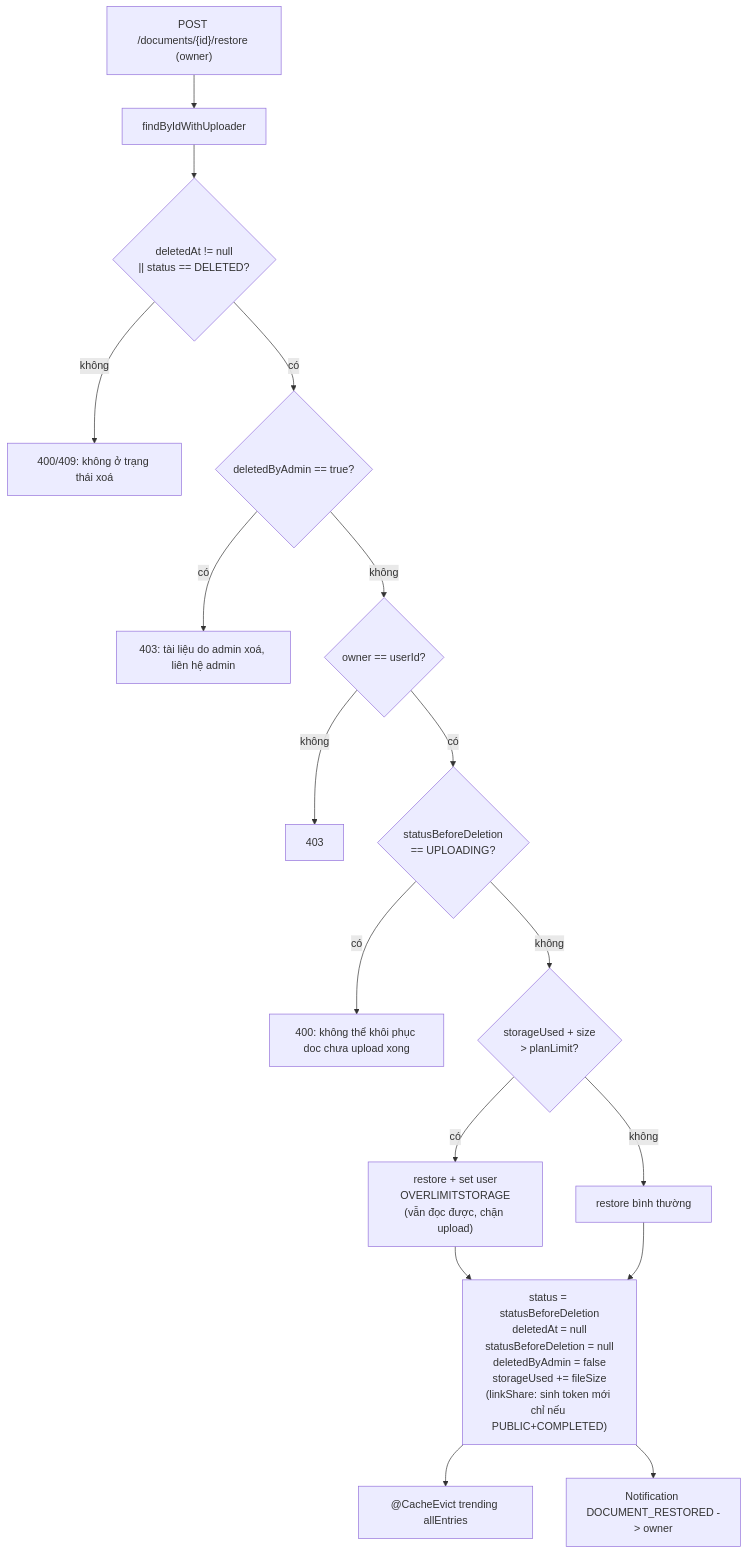
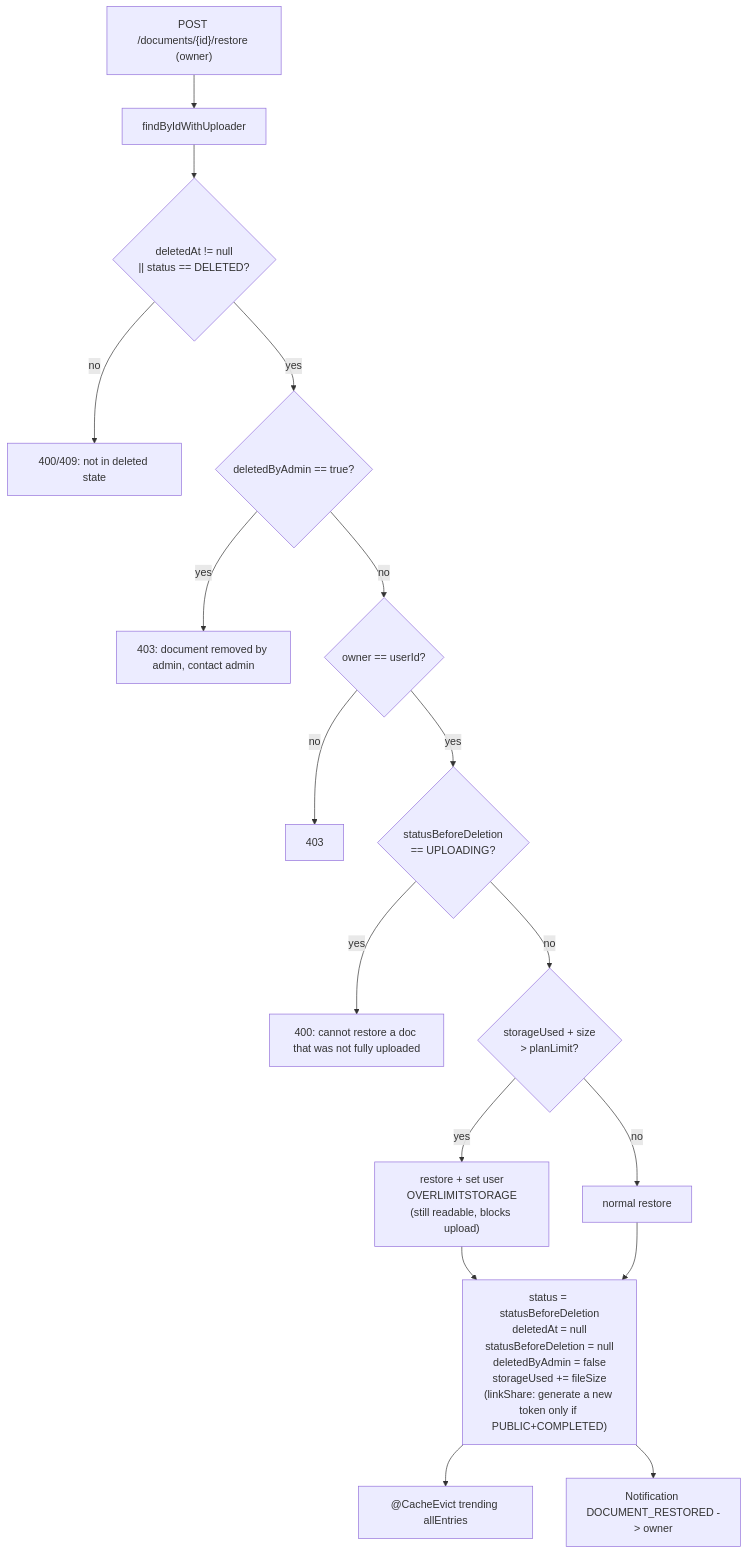
Before and after one commit to SWP-SUM26-AI-STUDY-HUB/ai-study-hub-api: the diagram in docs/document-restore-design.md, drawn with Mermaid. The commit also changed other lines of this file and 13 other files, not shown here.

````diff
--- a/docs/document-restore-design.md
+++ b/docs/document-restore-design.md
@@ -246,20 +245,20 @@
 ```mermaid
 flowchart TD
     REQ["POST /documents/{id}/restore (owner)"] --> LOAD[findByIdWithUploader]
     LOAD --> CHK1{"deletedAt != null<br/>|| status == DELETED?"}
-    CHK1 -->|không| ERR1["400/409: không ở trạng thái xoá"]
-    CHK1 -->|có| ADM{"deletedByAdmin == true?"}
-    ADM -->|có| ERR2["403: tài liệu do admin xoá, liên hệ admin"]
-    ADM -->|không| OWN{"owner == userId?"}
-    OWN -->|không| ERR3["403"]
-    OWN -->|có| SB{"statusBeforeDeletion<br/>== UPLOADING?"}
-    SB -->|có| ERR4["400: không thể khôi phục doc chưa upload xong"]
-    SB -->|không| QUOTA{"storageUsed + size<br/>> planLimit?"}
-    QUOTA -->|có| OVER["restore + set user<br/>OVERLIMITSTORAGE<br/>(vẫn đọc được, chặn upload)"]
-    QUOTA -->|không| OK["restore bình thường"]
+    CHK1 -->|no| ERR1["400/409: not in deleted state"]
+    CHK1 -->|yes| ADM{"deletedByAdmin == true?"}
+    ADM -->|yes| ERR2["403: document removed by admin, contact admin"]
+    ADM -->|no| OWN{"owner == userId?"}
+    OWN -->|no| ERR3["403"]
+    OWN -->|yes| SB{"statusBeforeDeletion<br/>== UPLOADING?"}
+    SB -->|yes| ERR4["400: cannot restore a doc that was not fully uploaded"]
+    SB -->|no| QUOTA{"storageUsed + size<br/>> planLimit?"}
+    QUOTA -->|yes| OVER["restore + set user<br/>OVERLIMITSTORAGE<br/>(still readable, blocks upload)"]
+    QUOTA -->|no| OK["normal restore"]
     OVER --> RESTORE
     OK --> RESTORE
-    RESTORE["status = statusBeforeDeletion<br/>deletedAt = null<br/>statusBeforeDeletion = null<br/>deletedByAdmin = false<br/>storageUsed += fileSize<br/>(linkShare: sinh token mới chỉ nếu PUBLIC+COMPLETED)"]
+    RESTORE["status = statusBeforeDeletion<br/>deletedAt = null<br/>statusBeforeDeletion = null<br/>deletedByAdmin = false<br/>storageUsed += fileSize<br/>(linkShare: generate a new token only if PUBLIC+COMPLETED)"]
     RESTORE --> CACHE["@CacheEvict trending allEntries"]
     RESTORE --> NOTIFY["Notification DOCUMENT_RESTORED -> owner"]
 ```
````
